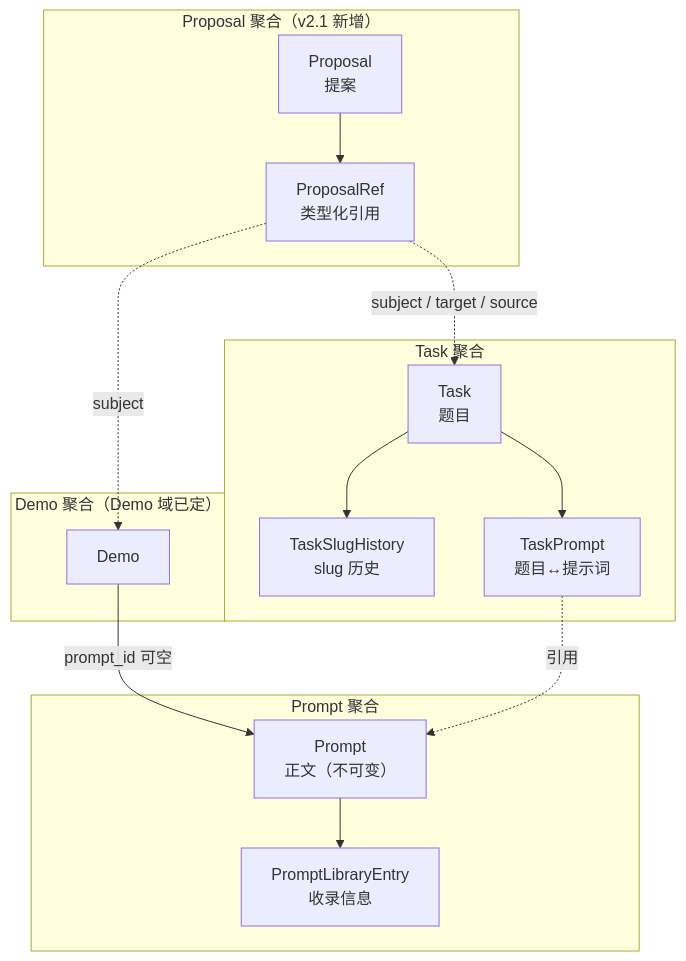
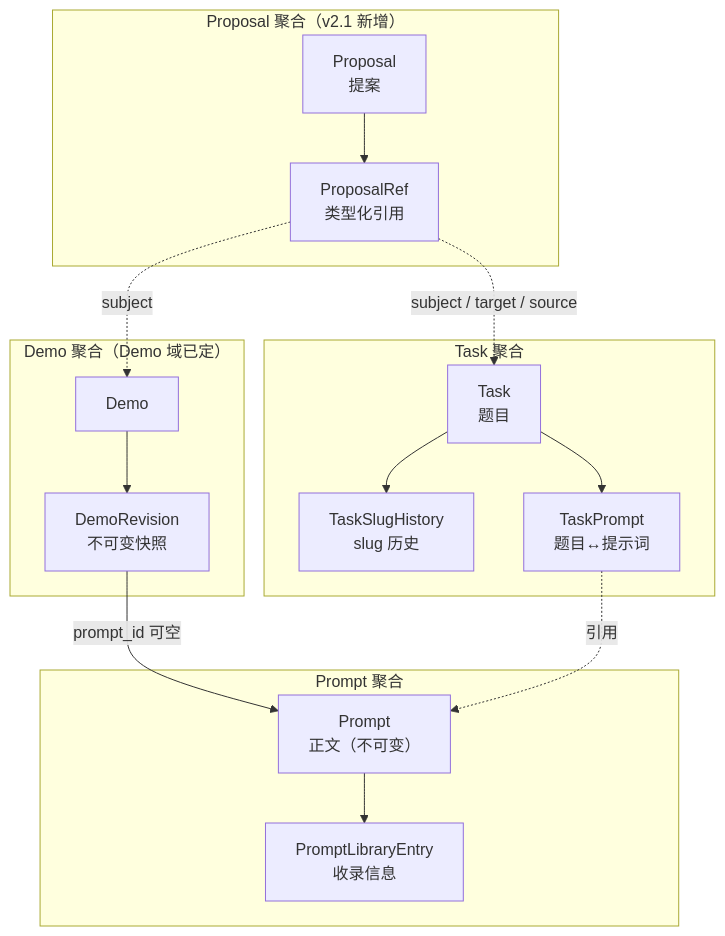
The second of 6 diagrams in docs/实体域数据结构设计.md (deepdemos/ds-demos-showcase), drawn with Mermaid before and after one commit. The commit also changed other lines of this file and 36 other files, not shown here.

````diff
--- a/docs/实体域数据结构设计.md
+++ b/docs/实体域数据结构设计.md
@@ -177,27 +187,29 @@
 ```mermaid
 flowchart TB
     subgraph T["Task 聚合"]
         TK["Task<br/>题目"]
         TSH["TaskSlugHistory<br/>slug 历史"]
         TP["TaskPrompt<br/>题目↔提示词"]
         TK --> TSH
         TK --> TP
     end
     subgraph P["Prompt 聚合"]
         PR["Prompt<br/>正文（不可变）"]
         PLE["PromptLibraryEntry<br/>收录信息"]
         PR --> PLE
     end
     subgraph D["Demo 聚合（Demo 域已定）"]
         DM["Demo"]
-        DM -->|"prompt_id 可空"| PR
+        DR["DemoRevision<br/>不可变快照"]
+        DM --> DR
+        DR -->|"prompt_id 可空"| PR
     end
     subgraph G["Proposal 聚合（v2.1 新增）"]
         PP["Proposal<br/>提案"]
         PRF["ProposalRef<br/>类型化引用"]
         PP --> PRF
     end
     TP -.->|"引用"| PR
     PRF -.->|"subject / target / source"| TK
     PRF -.->|"subject"| DM
 ```
````
